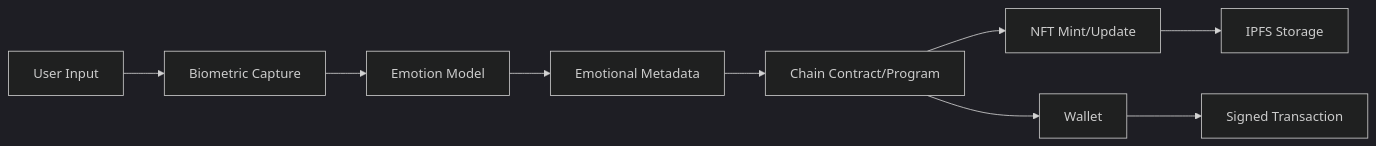
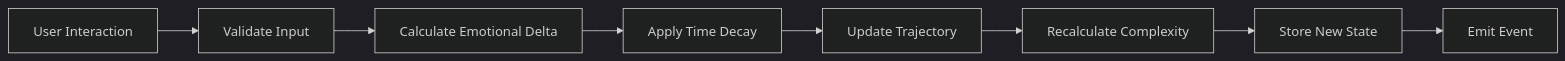
The fifth of 8 diagrams in TECHNICAL_ARCHITECTURE.md (compiling-org/near-creative-engine), drawn with Mermaid (dark theme) before and after one commit. The commit also changed other lines of this file and 1 other file, not shown here.

Commit message:
docs: sync NEAR technical architecture and implementation report from project docs

````diff
--- a/TECHNICAL_ARCHITECTURE.md
+++ b/TECHNICAL_ARCHITECTURE.md
@@ -399,11 +121,10 @@
 ```mermaid
 graph LR
-    U[User Input] --> BIOMETRIC[Biometric Capture]
-    BIOMETRIC --> AI[Emotion Model]
-    AI --> META[Emotional Metadata]
-    META --> CONTRACT[Chain Contract/Program]
-    CONTRACT --> NFT[NFT Mint/Update]
-    NFT --> IPFS[IPFS Storage]
-    CONTRACT --> WALLET[Wallet]
-    WALLET --> TX[Signed Transaction]
+    A[User Interaction] --> B[Validate Input]
+    B --> C[Calculate Emotional Delta]
+    C --> D[Apply Time Decay]
+    D --> E[Update Trajectory]
+    E --> F[Recalculate Complexity]
+    F --> G[Store New State]
+    G --> H[Emit Event]
 ```
````
